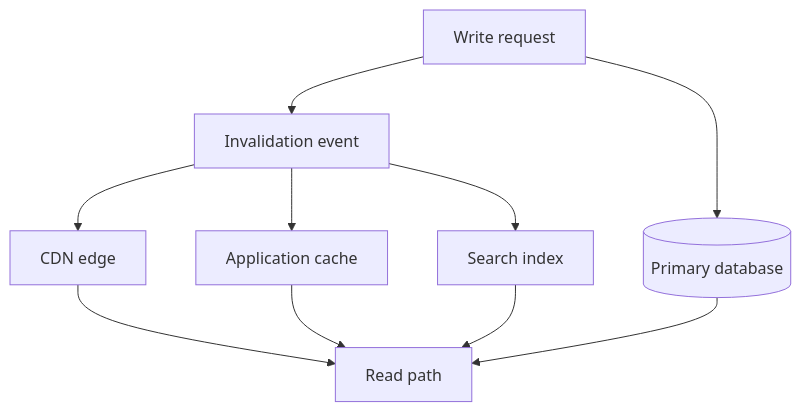
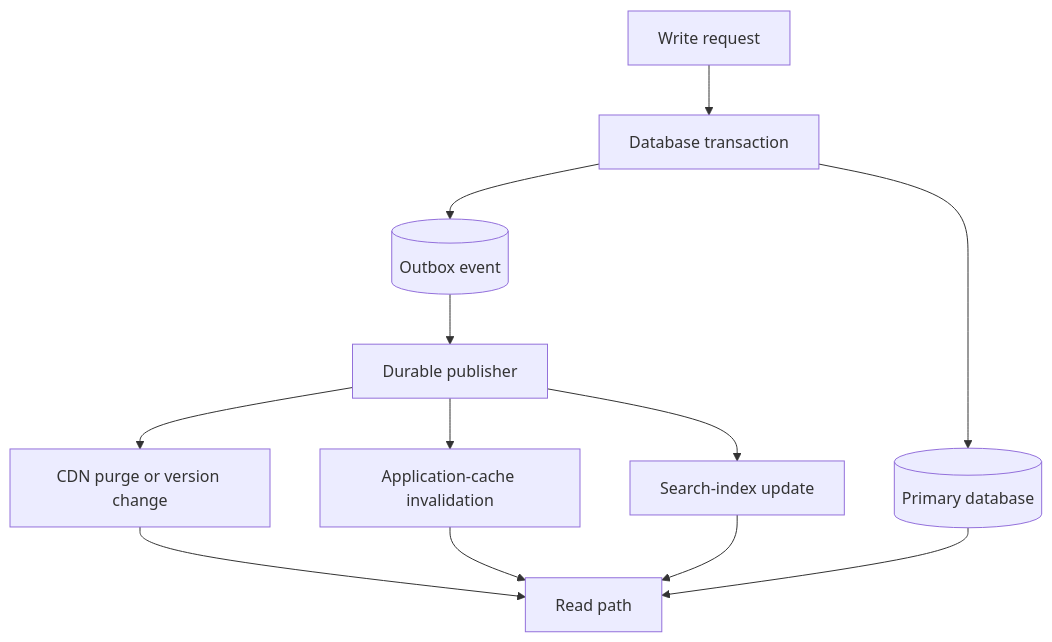
One commit to dano-gutierrez/codematica changed the diagram in content/knowledge/system-design/cache-invalidation.md. Above: the diagram before and after it, drawn with Mermaid. The commit also changed other lines of this file and 37 other files, not shown here.

````diff
--- a/content/knowledge/system-design/cache-invalidation.md
+++ b/content/knowledge/system-design/cache-invalidation.md
@@ -29,12 +29,14 @@
 ```mermaid
 flowchart TD
-  W[Write request] --> DB[(Primary database)]
-  W --> Q[Invalidation event]
-  Q --> CDN[CDN edge]
-  Q --> App[Application cache]
-  Q --> Search[Search index]
+  W[Write request] --> TX["Database transaction"]
+  TX --> DB[(Primary database)]
+  TX --> O[(Outbox event)]
+  O --> Q[Durable publisher]
+  Q --> CDN[CDN purge or version change]
+  Q --> App[Application-cache invalidation]
+  Q --> Search[Search-index update]
   CDN --> R[Read path]
   App --> R
   Search --> R
   DB --> R
 ```
````
